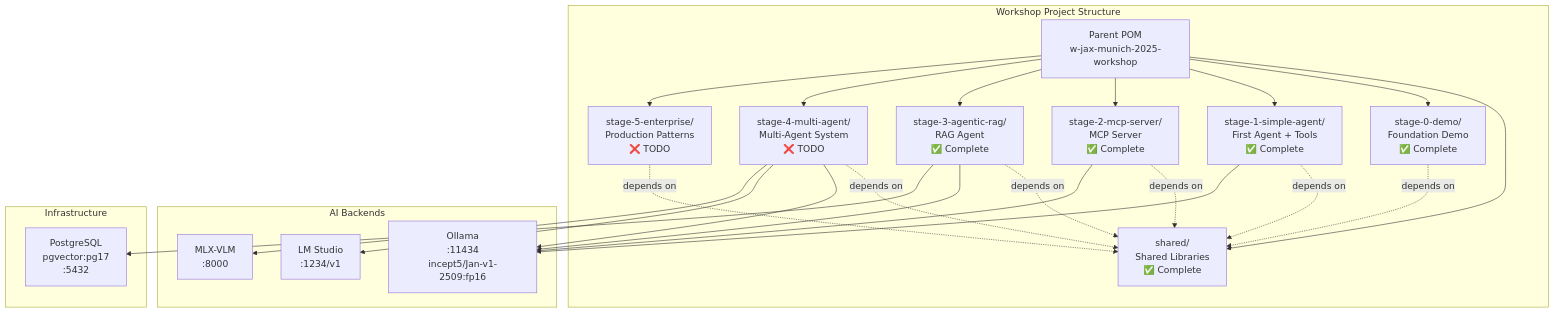
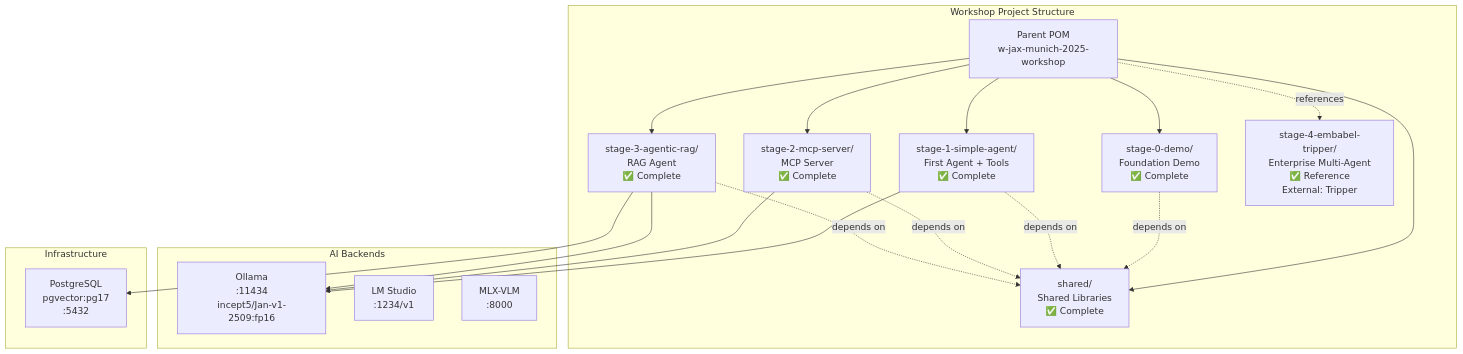
Before and after one commit to Incept5/w-jax-munich-2025-workshop: the first of 3 diagrams in architecture.md, drawn with Mermaid. The commit also changed other lines of this file and 4 other files, not shown here.

First line of the commit message:
Combine stages 4 and 5 into unified Stage 4 (Embabel Tripper reference)

````diff
--- a/architecture.md
+++ b/architecture.md
@@ -73,39 +70,33 @@
 ```mermaid
 graph TB
     subgraph "Workshop Project Structure"
         PARENT[Parent POM<br/>w-jax-munich-2025-workshop]
         
         PARENT --> SHARED[shared/<br/>Shared Libraries<br/>✅ Complete]
         PARENT --> S0[stage-0-demo/<br/>Foundation Demo<br/>✅ Complete]
         PARENT --> S1[stage-1-simple-agent/<br/>First Agent + Tools<br/>✅ Complete]
         PARENT --> S2[stage-2-mcp-server/<br/>MCP Server<br/>✅ Complete]
         PARENT --> S3[stage-3-agentic-rag/<br/>RAG Agent<br/>✅ Complete]
-        PARENT --> S4[stage-4-multi-agent/<br/>Multi-Agent System<br/>❌ TODO]
-        PARENT --> S5[stage-5-enterprise/<br/>Production Patterns<br/>❌ TODO]
+        PARENT -.references.-> S4[stage-4-embabel-tripper/<br/>Enterprise Multi-Agent<br/>✅ Reference<br/>External: Tripper]
         
         S0 -.depends on.-> SHARED
         S1 -.depends on.-> SHARED
         S2 -.depends on.-> SHARED
         S3 -.depends on.-> SHARED
-        S4 -.depends on.-> SHARED
-        S5 -.depends on.-> SHARED
     end
     
     subgraph "AI Backends"
         OLLAMA[Ollama<br/>:11434<br/>incept5/Jan-v1-2509:fp16]
         LMSTUDIO[LM Studio<br/>:1234/v1]
         MLXVLM[MLX-VLM<br/>:8000]
     end
     
     subgraph "Infrastructure"
         POSTGRES[PostgreSQL<br/>pgvector:pg17<br/>:5432]
     end
     
     S1 --> OLLAMA
     S2 --> OLLAMA
     S3 --> OLLAMA
     S3 --> POSTGRES
-    S4 --> OLLAMA
-    S4 --> LMSTUDIO
-    S4 --> MLXVLM
 ```
````
